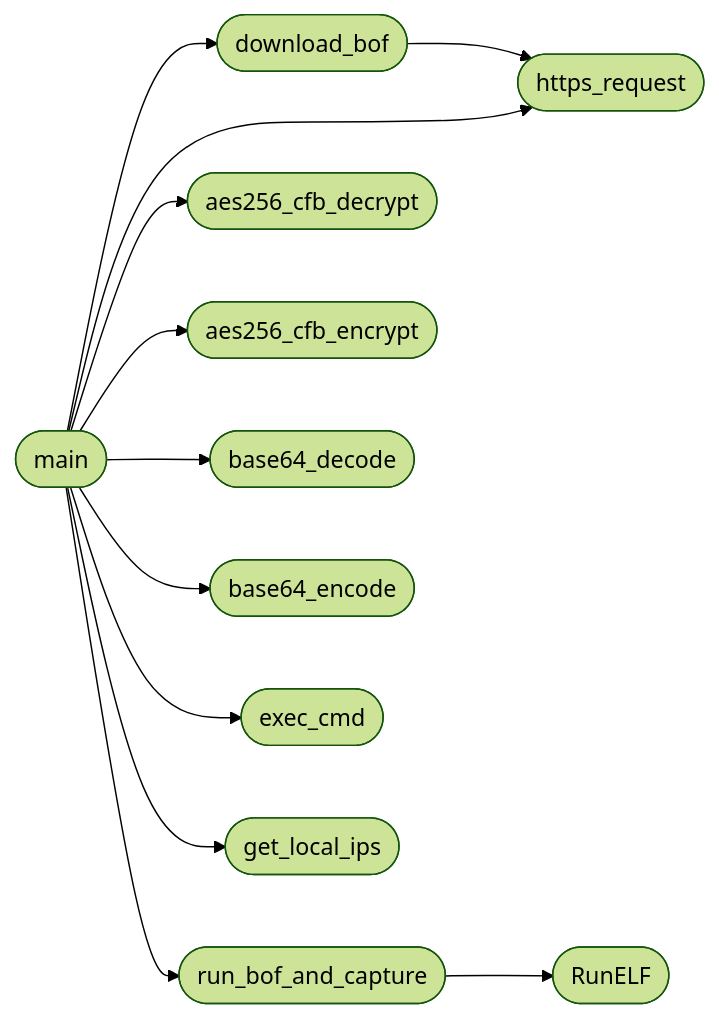
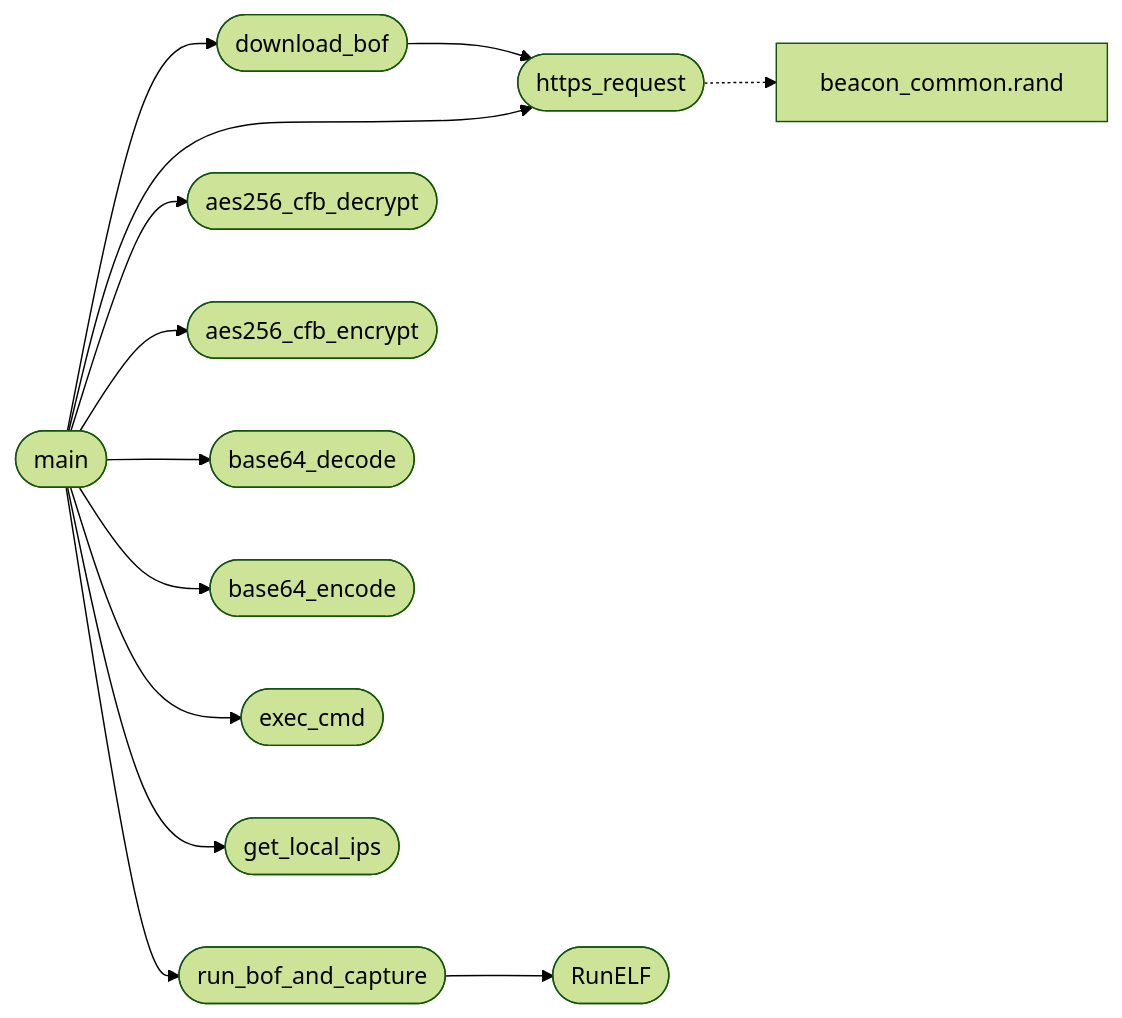
The second of 2 diagrams in readmenator-apidocs/modules/legacy.beacon6.c.md (grisuno/blacksandbeacon), drawn with Mermaid (forest theme) before and after one commit. The commit also changed other lines of this file and 119 other files, not shown here.

````diff
--- a/readmenator-apidocs/modules/legacy.beacon6.c.md
+++ b/readmenator-apidocs/modules/legacy.beacon6.c.md
@@ -30,25 +30,27 @@
 ```mermaid
 flowchart LR
     n_legacy_beacon6_c__download_bof(["download_bof"])
     n_legacy_beacon6_c__https_request(["https_request"])
     n_legacy_beacon6_c__run_bof_and_capture(["run_bof_and_capture"])
     n_legacy_beacon6_c__RunELF(["RunELF"])
     n_legacy_beacon6_c__main(["main"])
     n_legacy_beacon6_c__aes256_cfb_decrypt(["aes256_cfb_decrypt"])
     n_legacy_beacon6_c__aes256_cfb_encrypt(["aes256_cfb_encrypt"])
     n_legacy_beacon6_c__base64_decode(["base64_decode"])
     n_legacy_beacon6_c__base64_encode(["base64_encode"])
     n_legacy_beacon6_c__exec_cmd(["exec_cmd"])
     n_legacy_beacon6_c__get_local_ips(["get_local_ips"])
+    n_include_beacon_common_c__rand["beacon_common.rand"]
     n_legacy_beacon6_c__download_bof --> n_legacy_beacon6_c__https_request
     n_legacy_beacon6_c__run_bof_and_capture --> n_legacy_beacon6_c__RunELF
     n_legacy_beacon6_c__main --> n_legacy_beacon6_c__aes256_cfb_decrypt
     n_legacy_beacon6_c__main --> n_legacy_beacon6_c__aes256_cfb_encrypt
     n_legacy_beacon6_c__main --> n_legacy_beacon6_c__base64_decode
     n_legacy_beacon6_c__main --> n_legacy_beacon6_c__base64_encode
     n_legacy_beacon6_c__main --> n_legacy_beacon6_c__download_bof
     n_legacy_beacon6_c__main --> n_legacy_beacon6_c__exec_cmd
     n_legacy_beacon6_c__main --> n_legacy_beacon6_c__get_local_ips
     n_legacy_beacon6_c__main --> n_legacy_beacon6_c__https_request
     n_legacy_beacon6_c__main --> n_legacy_beacon6_c__run_bof_and_capture
+    n_legacy_beacon6_c__https_request -.-> n_include_beacon_common_c__rand
 ```
````
